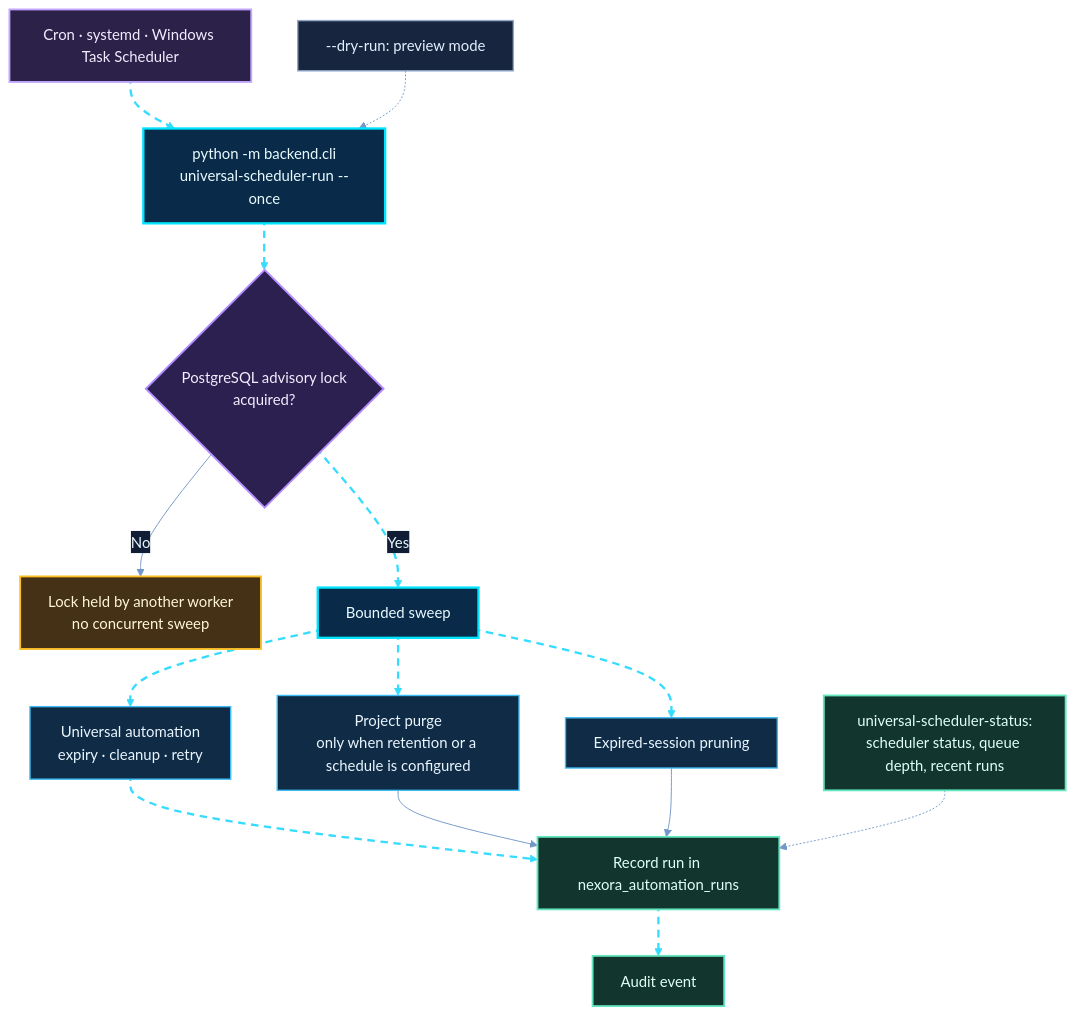
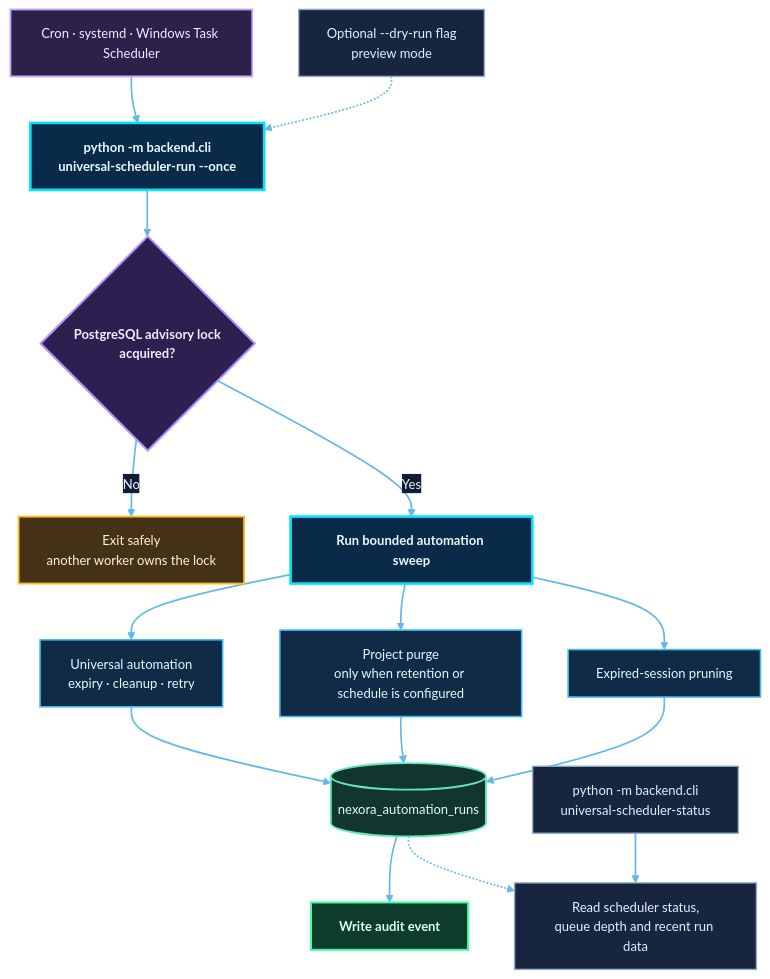
Before and after one commit to shajeduzzamanenan992008inc/NexOra-Database-key-Gen: diagram 18 of 23 in README.md, drawn with Mermaid. The commit also changed other lines of this file, not shown here.

````diff
--- a/README.md
+++ b/README.md
@@ -1515,39 +1537,42 @@
 ```mermaid
-%%{init: {"theme":"base","themeVariables":{"darkMode":true,"background":"#07111f","primaryColor":"#102744","primaryTextColor":"#e8f7ff","primaryBorderColor":"#00d9ff","lineColor":"#7297c8","secondaryColor":"#261d45","secondaryTextColor":"#f3eaff","secondaryBorderColor":"#a78bfa","tertiaryColor":"#12332b","tertiaryTextColor":"#e0fff1","tertiaryBorderColor":"#41e6a2","fontFamily":"Inter, Segoe UI, sans-serif","edgeLabelBackground":"#101d34","mainBkg":"#102744","nodeBorder":"#00d9ff","clusterBkg":"#0b1930","clusterBorder":"#6f7dff","actorBkg":"#102744","actorBorder":"#00d9ff","actorTextColor":"#e8f7ff","signalColor":"#64d8ff","signalTextColor":"#e8f7ff","noteBkgColor":"#0e332b","noteBorderColor":"#41e6a2","noteTextColor":"#e0fff1"}}}%%
-flowchart TD
-    T["Cron · systemd · Windows Task Scheduler"] nx14e01@--> C["python -m backend.cli<br/>universal-scheduler-run --once"]
-    C nx14e02@--> L{"PostgreSQL advisory lock<br/>acquired?"}
-    L -->|No| W["Lock held by another worker<br/>no concurrent sweep"]
-    L nx14e03@-->|Yes| S["Bounded sweep"]
-    S nx14e04@--> J1["Universal automation<br/>expiry · cleanup · retry"]
-    S nx14e05@--> J2["Project purge<br/>only when retention or a schedule is configured"]
-    S nx14e06@--> J3["Expired-session pruning"]
-    J1 nx14e07@--> R["Record run in nexora_automation_runs"]
-    J2 --> R
-    J3 --> R
-    R nx14e08@--> A["Audit event"]
-    D["--dry-run: preview mode"] -.-> C
-    ST["universal-scheduler-status:<br/>scheduler status, queue depth, recent runs"] -.-> R
+%%{init: {"theme":"base","themeVariables":{"darkMode":true,"background":"#07111f","primaryColor":"#102744","primaryTextColor":"#e8f7ff","primaryBorderColor":"#00d9ff","lineColor":"#62b9e8","secondaryColor":"#261d45","secondaryTextColor":"#f3eaff","secondaryBorderColor":"#a78bfa","tertiaryColor":"#12332b","tertiaryTextColor":"#e0fff1","tertiaryBorderColor":"#41e6a2","fontFamily":"Inter, Segoe UI, sans-serif","fontSize":"14px","edgeLabelBackground":"#101d34","mainBkg":"#102744","nodeBorder":"#00d9ff","clusterBkg":"#0b1930","clusterBorder":"#6f7dff","actorBkg":"#102744","actorBorder":"#00d9ff","actorTextColor":"#e8f7ff","signalColor":"#64d8ff","signalTextColor":"#e8f7ff","noteBkgColor":"#0e332b","noteBorderColor":"#41e6a2","noteTextColor":"#e0fff1"}}}%%
+flowchart TB
+    TRIGGER["Cron · systemd · Windows Task Scheduler"] --> COMMAND["python -m backend.cli<br/>universal-scheduler-run --once"]
+    DRY["Optional --dry-run flag<br/>preview mode"] -.-> COMMAND
+    COMMAND --> LOCK{"PostgreSQL advisory lock<br/>acquired?"}
+    LOCK -->|No| WAIT["Exit safely<br/>another worker owns the lock"]
+    LOCK -->|Yes| SWEEP["Run bounded automation sweep"]
 
-    %% OMEGA NEX-ORA visual classes
-    %% OMEGA NEX-ORA / ULTRA NEON PALETTE
-    classDef nxCore fill:#092b49,stroke:#00e5ff,stroke-width:2.5px,color:#e9fbff;
-    classDef nxProcess fill:#102b45,stroke:#3dbcf5,stroke-width:1.5px,color:#e9f6ff;
-    classDef nxDecision fill:#2b2050,stroke:#b38cff,stroke-width:2px,color:#f3edff;
-    classDef nxSuccess fill:#0d3b2c,stroke:#3fffa0,stroke-width:2px,color:#e0fff0;
-    classDef nxDanger fill:#451d30,stroke:#ff6688,stroke-width:2px,color:#fff0f3;
+    SWEEP --> JOB1["Universal automation<br/>expiry · cleanup · retry"]
+    SWEEP --> JOB2["Project purge<br/>only when retention or schedule is configured"]
+    SWEEP --> JOB3["Expired-session pruning"]
+
+    JOB1 --> LEDGER[("nexora_automation_runs")]
+    JOB2 --> LEDGER
+    JOB3 --> LEDGER
+    LEDGER --> AUDIT["Write audit event"]
+
+    STATUS["python -m backend.cli<br/>universal-scheduler-status"] --> MONITOR["Read scheduler status,<br/>queue depth and recent run data"]
+    LEDGER -.-> MONITOR
+
+
+    %% OMEGA NEX-ORA · ULTRA NEON DESIGN SYSTEM
+    classDef nxCore fill:#092b49,stroke:#00e5ff,stroke-width:2.8px,color:#e9fbff,font-weight:bold;
+    classDef nxProcess fill:#102b45,stroke:#3dbcf5,stroke-width:1.7px,color:#e9f6ff;
+    classDef nxDecision fill:#2b2050,stroke:#b38cff,stroke-width:2.2px,color:#f3edff,font-weight:bold;
+    classDef nxSuccess fill:#0d3b2c,stroke:#3fffa0,stroke-width:2.2px,color:#e0fff0,font-weight:bold;
+    classDef nxDanger fill:#451d30,stroke:#ff6688,stroke-width:2.2px,color:#fff0f3,font-weight:bold;
     classDef nxData fill:#12352d,stroke:#63e6be,stroke-width:2px,color:#e1fff5;
     classDef nxExternal fill:#2b2149,stroke:#c4a5ff,stroke-width:2px,color:#f3ecff;
     classDef nxInfo fill:#17253e,stroke:#91a7c9,stroke-width:1.5px,color:#e5efff;
     classDef nxWarning fill:#453116,stroke:#fbbf24,stroke-width:2px,color:#fff6d6;
-    %% Moving dashed route: Mermaid applies this class to explicitly identified edges.
-    classDef nxAnimated stroke:#35dcff,stroke-width:2.5px,stroke-dasharray:8\,6,stroke-dashoffset:1000,animation:dash 24s linear infinite;
-    class T nxExternal;
-    class C,S nxCore;
-    class L nxDecision;
-    class W nxWarning;
-    class J1,J2,J3 nxProcess;
-    class R,A,ST nxData;
-    class D nxInfo;
-    class nx14e01,nx14e02,nx14e03,nx14e04,nx14e05,nx14e06,nx14e07,nx14e08 nxAnimated;
+    linkStyle default stroke:#62b9e8,stroke-width:1.8px;
+    class TRIGGER nxExternal;
+    class COMMAND,SWEEP nxCore;
+    class LOCK nxDecision;
+    class WAIT nxWarning;
+    class JOB1,JOB2,JOB3 nxProcess;
+    class LEDGER nxData;
+    class AUDIT nxSuccess;
+    class DRY,STATUS,MONITOR nxInfo;
 ```
````
